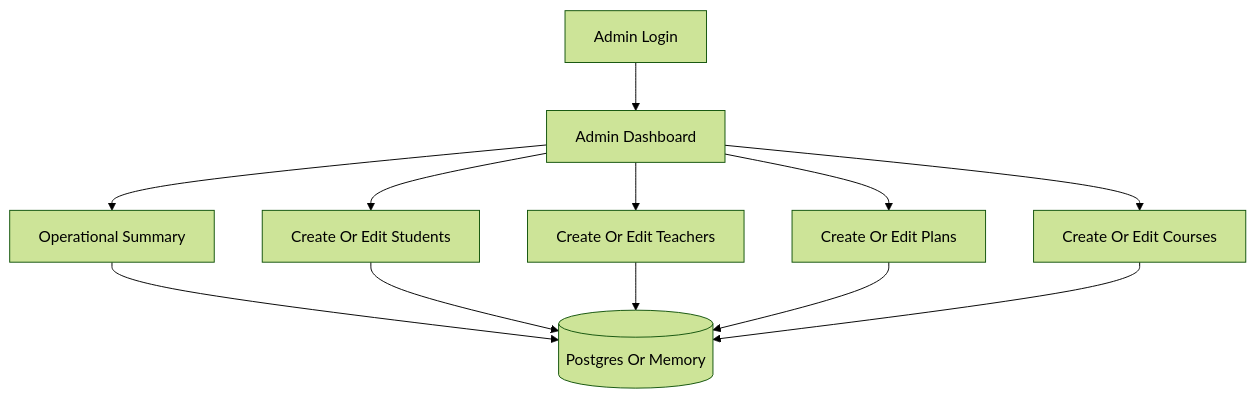
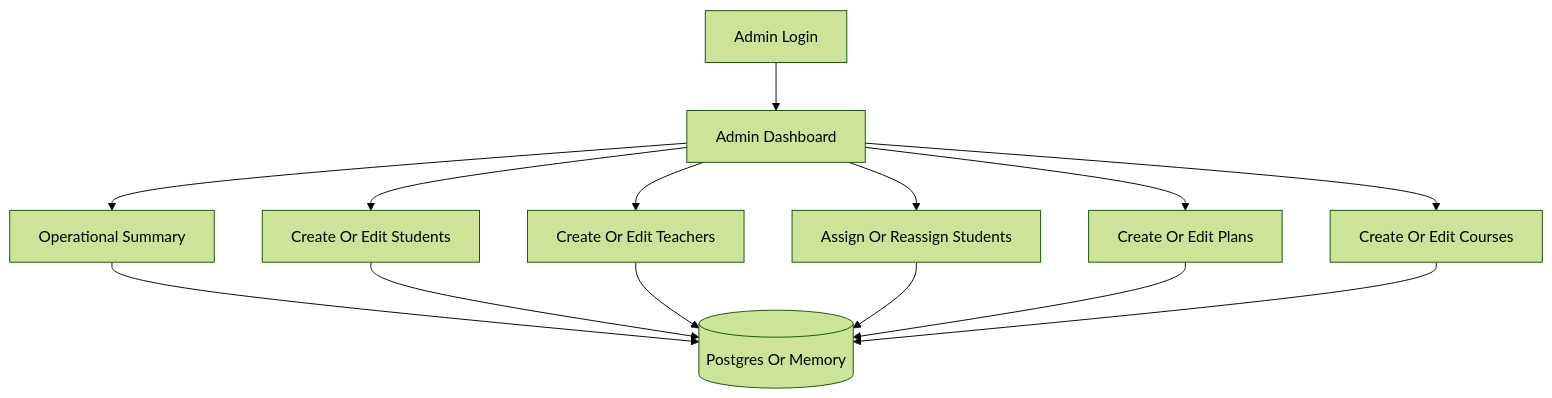
One commit to lvoliveiratec/english_app changed the fourth of 8 diagrams in architecture/06-diagrams.md. Above: the diagram before and after it, drawn with Mermaid (forest theme). The commit also changed other lines of this file and 32 other files, not shown here.

Commit message:
Add teacher assignments and invite flows

````diff
--- a/architecture/06-diagrams.md
+++ b/architecture/06-diagrams.md
@@ -90,15 +99,17 @@
 ```mermaid
 flowchart TD
   AdminLogin[Admin Login] --> AdminDashboard[Admin Dashboard]
   AdminDashboard --> Summary[Operational Summary]
   AdminDashboard --> Students[Create Or Edit Students]
   AdminDashboard --> Teachers[Create Or Edit Teachers]
+  AdminDashboard --> Assign[Assign Or Reassign Students]
   AdminDashboard --> Plans[Create Or Edit Plans]
   AdminDashboard --> Courses[Create Or Edit Courses]
 
   Summary --> DB[(Postgres Or Memory)]
   Students --> DB
   Teachers --> DB
+  Assign --> DB
   Plans --> DB
   Courses --> DB
 ```
````
